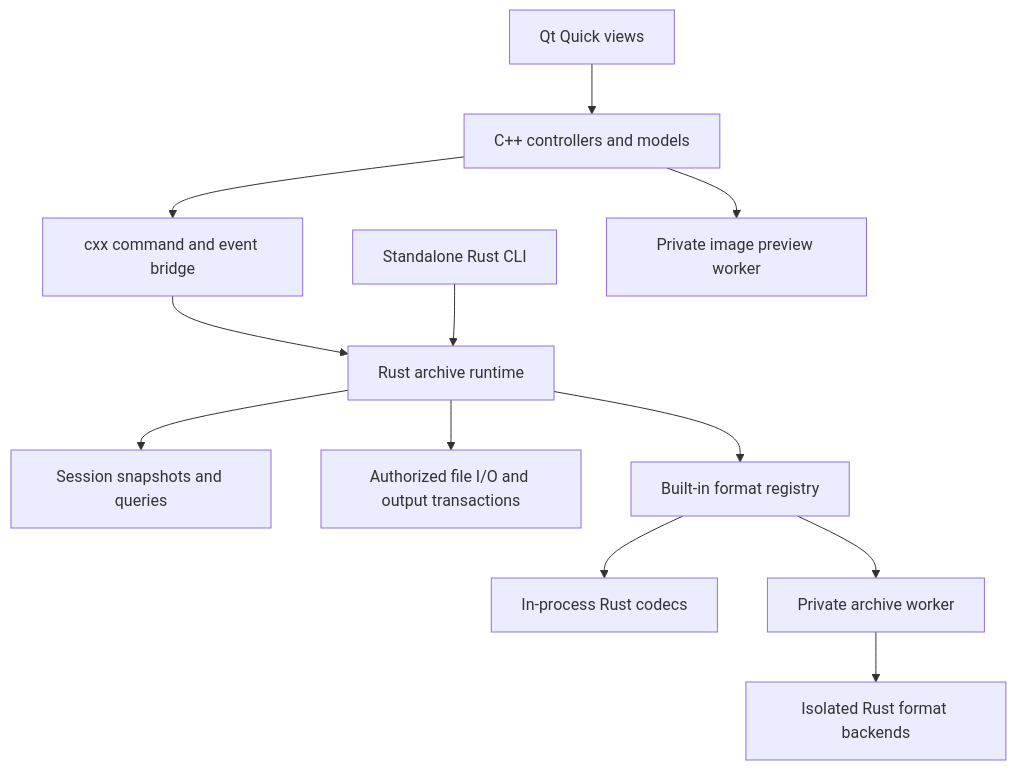
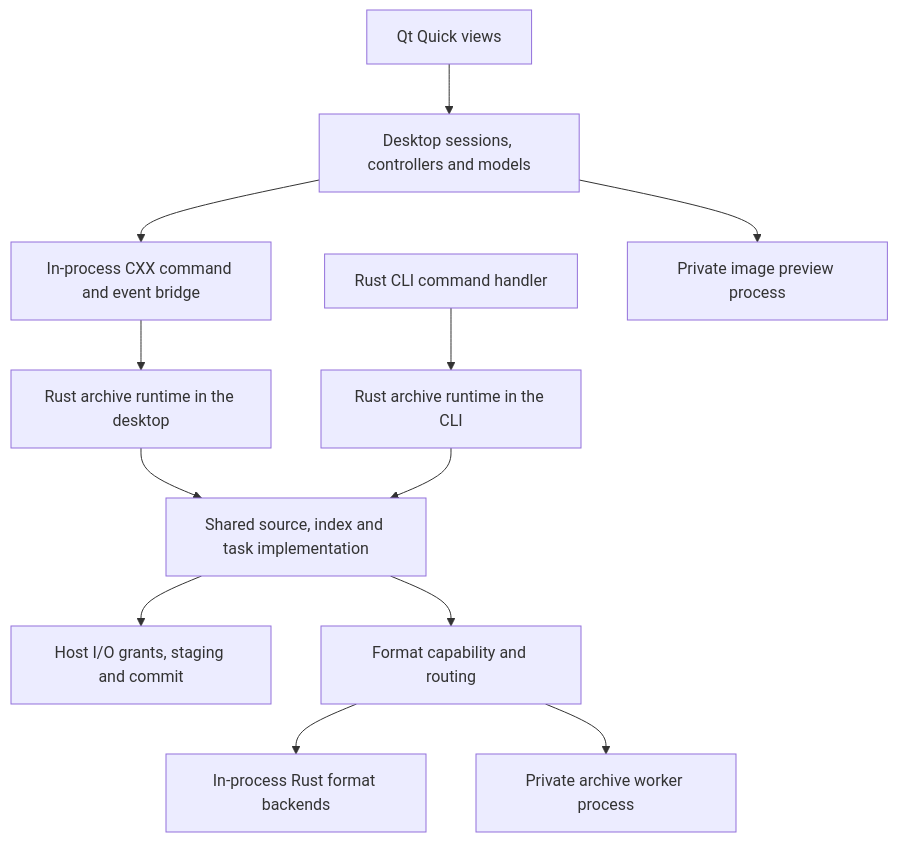
Before and after one commit to xiaodaozhi/xdzip: the first of 2 diagrams in docs/design/system-architecture.md, drawn with Mermaid. The commit also changed other lines of this file and 1 other file, not shown here.

Commit message:
Document current XDZip runtime architecture and archive flows

````diff
--- a/docs/design/system-architecture.md
+++ b/docs/design/system-architecture.md
@@ -7,14 +9,14 @@
 ```mermaid
 flowchart TB
-  UI[Qt Quick views] --> CPP[C++ controllers and models]
-  CPP --> BR[cxx command and event bridge]
-  BR --> APP[Rust archive runtime]
-  CLI[Standalone Rust CLI] --> APP
-  APP --> INDEX[Session snapshots and queries]
-  APP --> IO[Authorized file I/O and output transactions]
-  APP --> REG[Built-in format registry]
-  REG --> CODEC[In-process Rust codecs]
-  REG --> WORKER[Private archive worker]
-  WORKER --> RUST[Isolated Rust format backends]
-  CPP --> PREVIEW[Private image preview worker]
+  UI[Qt Quick views] --> CPP[Desktop sessions, controllers and models]
+  CPP --> BR[In-process CXX command and event bridge]
+  BR --> RT[Rust archive runtime in the desktop]
+  CLI[Rust CLI command handler] --> CLIRT[Rust archive runtime in the CLI]
+  RT --> CORE[Shared source, index and task implementation]
+  CLIRT --> CORE
+  CORE --> IO[Host I/O grants, staging and commit]
+  CORE --> CODEC[Format capability and routing]
+  CODEC --> DIRECT[In-process Rust format backends]
+  CODEC --> NATIVE[Private archive worker process]
+  CPP --> IMAGE[Private image preview process]
 ```
````
